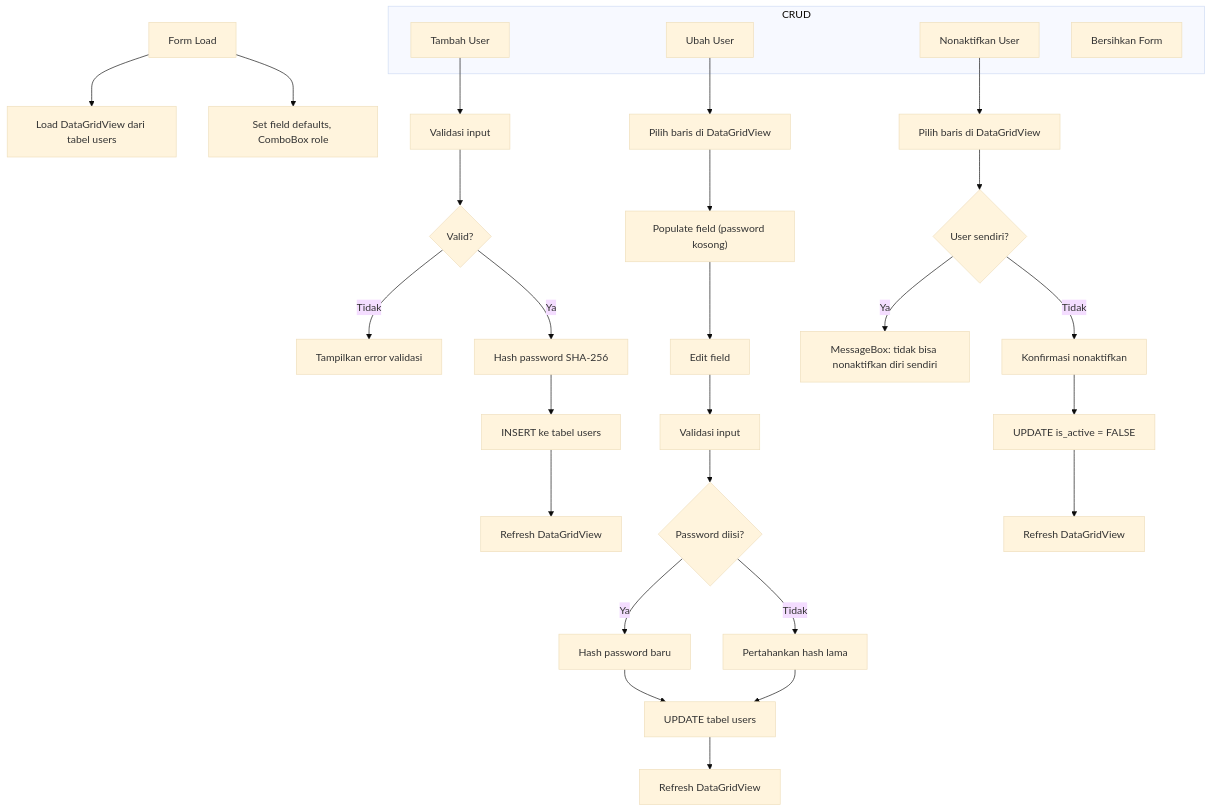
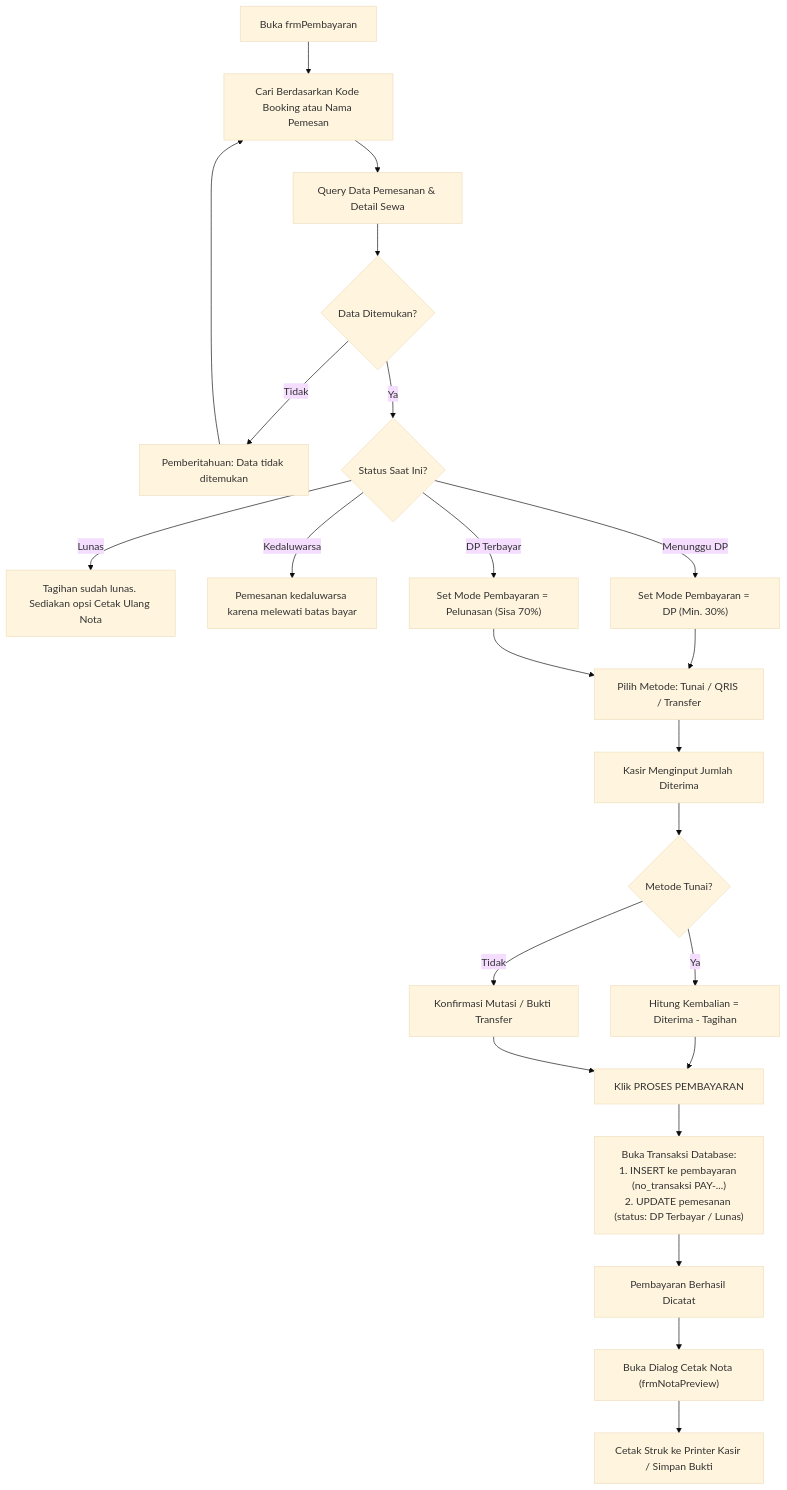
The third of 6 diagrams in .ai/APP-FLOW.md (Alfar0nt/SIPELA-Sistem-Informasi-Pemesanan-Arung-Futsal), drawn with Mermaid (base theme) before and after one commit. The commit also changed other lines of this file and 14 other files, not shown here.

Commit message:
refac: ui/ux and app-flow

````diff
--- a/.ai/APP-FLOW.md
+++ b/.ai/APP-FLOW.md
@@ -158,37 +78,29 @@
 ```mermaid
 flowchart TD
-    A["Form Load"] --> B["Load DataGridView dari tabel users"]
-    A --> C["Set field defaults, ComboBox role"]
+    OpenPay["Buka frmPembayaran"] --> FindBooking["Cari Berdasarkan Kode Booking atau Nama Pemesan"]
+    FindBooking --> QueryBkg["Query Data Pemesanan & Detail Sewa"]
+    QueryBkg --> Found{"Data Ditemukan?"}
+    Found -->|Tidak| NotFoundMsg["Pemberitahuan: Data tidak ditemukan"] --> FindBooking
     
-    subgraph CRUD
-        D["Tambah User"]
-        E["Ubah User"]
-        F["Nonaktifkan User"]
-        G["Bersihkan Form"]
-    end
+    Found -->|Ya| CheckStatus{"Status Saat Ini?"}
+    CheckStatus -->|Lunas| InfoLunas["Tagihan sudah lunas. Sediakan opsi Cetak Ulang Nota"]
+    CheckStatus -->|Kedaluwarsa| InfoExpired["Pemesanan kedaluwarsa karena melewati batas bayar"]
+    CheckStatus -->|Menunggu DP| ModeDP["Set Mode Pembayaran = DP (Min. 30%)"]
+    CheckStatus -->|DP Terbayar| ModePelunasan["Set Mode Pembayaran = Pelunasan (Sisa 70%)"]
     
-    D --> D1["Validasi input"]
-    D1 --> D2{"Valid?"}
-    D2 -->|Tidak| D3["Tampilkan error validasi"]
-    D2 -->|Ya| D4["Hash password SHA-256"]
-    D4 --> D5["INSERT ke tabel users"]
-    D5 --> D6["Refresh DataGridView"]
+    ModeDP --> SelectMethod["Pilih Metode: Tunai / QRIS / Transfer"]
+    ModePelunasan --> SelectMethod
     
-    E --> E1["Pilih baris di DataGridView"]
-    E1 --> E2["Populate field (password kosong)"]
-    E2 --> E3["Edit field"]
-    E3 --> E4["Validasi input"]
-    E4 --> E5{"Password diisi?"}
-    E5 -->|Ya| E6["Hash password baru"]
-    E5 -->|Tidak| E7["Pertahankan hash lama"]
-    E6 --> E8["UPDATE tabel users"]
-    E7 --> E8
-    E8 --> E9["Refresh DataGridView"]
+    SelectMethod --> InputAmount["Kasir Menginput Jumlah Diterima"]
+    InputAmount --> CheckCash{"Metode Tunai?"}
+    CheckCash -->|Ya| CalcChange["Hitung Kembalian = Diterima - Tagihan"]
+    CheckCash -->|Tidak| ConfirmNonCash["Konfirmasi Mutasi / Bukti Transfer"]
     
-    F --> F1["Pilih baris di DataGridView"]
-    F1 --> F2{"User sendiri?"}
-    F2 -->|Ya| F3["MessageBox: tidak bisa nonaktifkan diri sendiri"]
-    F2 -->|Tidak| F4["Konfirmasi nonaktifkan"]
-    F4 --> F5["UPDATE is_active = FALSE"]
-    F5 --> F6["Refresh DataGridView"]
+    CalcChange --> ProcessPay["Klik PROSES PEMBAYARAN"]
+    ConfirmNonCash --> ProcessPay
+    
+    ProcessPay --> ExecPay["Buka Transaksi Database:<br>1. INSERT ke pembayaran (no_transaksi PAY-...)<br>2. UPDATE pemesanan (status: DP Terbayar / Lunas)"]
+    ExecPay --> PayDone["Pembayaran Berhasil Dicatat"]
+    PayDone --> PrintDialog["Buka Dialog Cetak Nota (frmNotaPreview)"]
+    PrintDialog --> PrintPhysical["Cetak Struk ke Printer Kasir / Simpan Bukti"]
 ```
````
